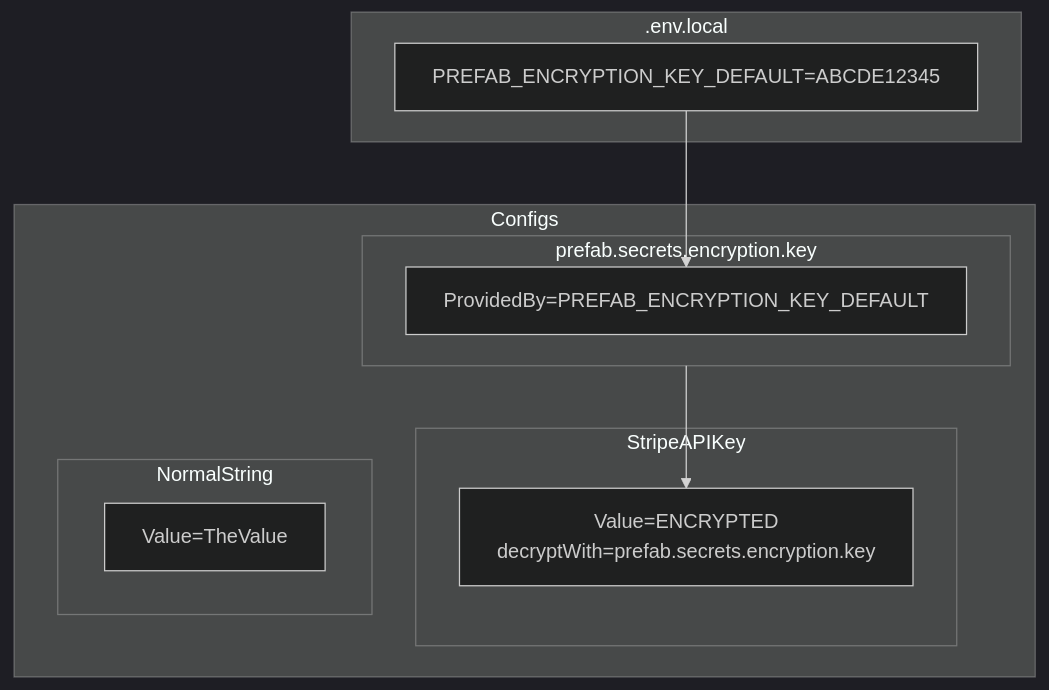
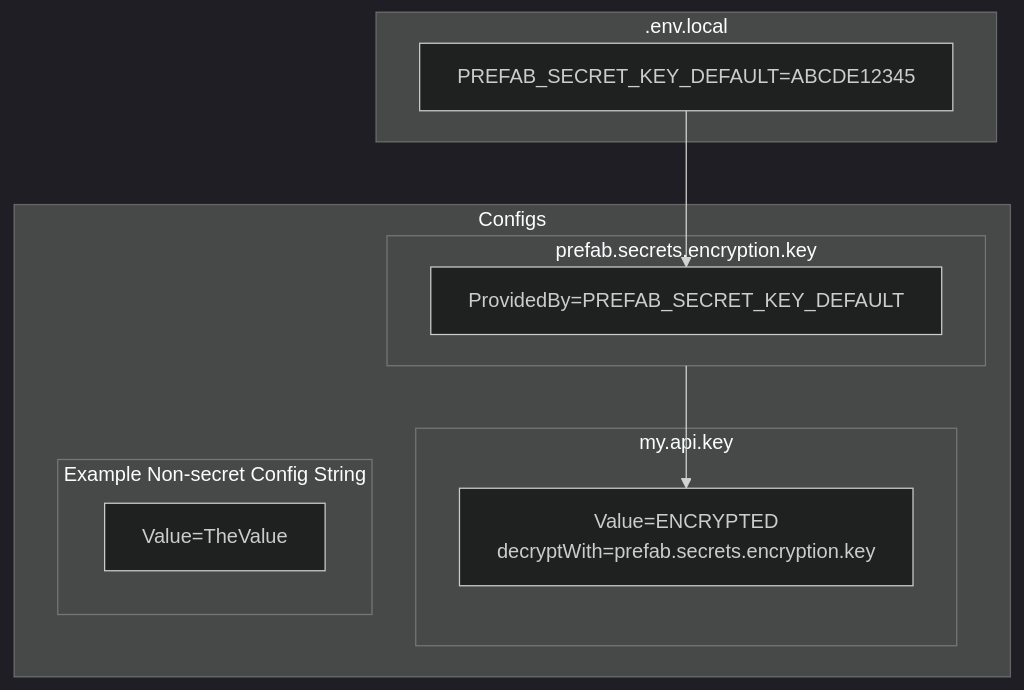
One commit to prefab-cloud/prefab-cloud-docs-web changed the first of 3 diagrams in docs/explanations/features/secret-management.md. Above: the diagram before and after it, drawn with Mermaid (dark theme). The commit also changed other lines of this file, not shown here.

Commit message:
secret-management

````diff
--- a/docs/explanations/features/secret-management.md
+++ b/docs/explanations/features/secret-management.md
@@ -67,19 +75,19 @@
 ```mermaid
 graph
   subgraph Configs
-    subgraph StripeAPIKey
+    subgraph my.api.key
       s[Value=ENCRYPTED<br/>decryptWith=prefab.secrets.encryption.key]
     end
     subgraph pk[prefab.secrets.encryption.key]
-      e[ProvidedBy=PREFAB_ENCRYPTION_KEY_DEFAULT]
+      e[ProvidedBy=PREFAB_SECRET_KEY_DEFAULT]
     end
-    subgraph NormalString
+    subgraph normal[Example Non-secret Config String]
       n[Value=TheValue]
     end
   end
   subgraph .env.local
-    ev[PREFAB_ENCRYPTION_KEY_DEFAULT=ABCDE12345]
+    ev[PREFAB_SECRET_KEY_DEFAULT=ABCDE12345]
   end
   ev-->e
   pk-->s
 ```
````
